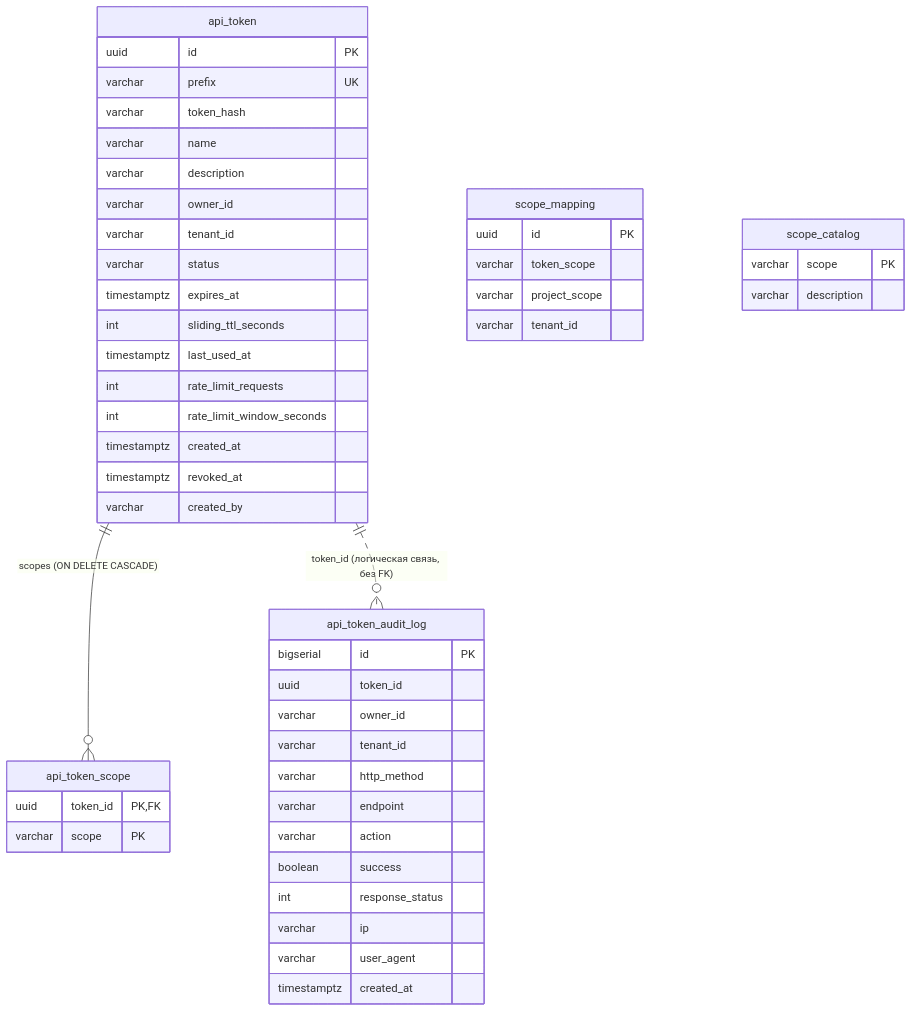
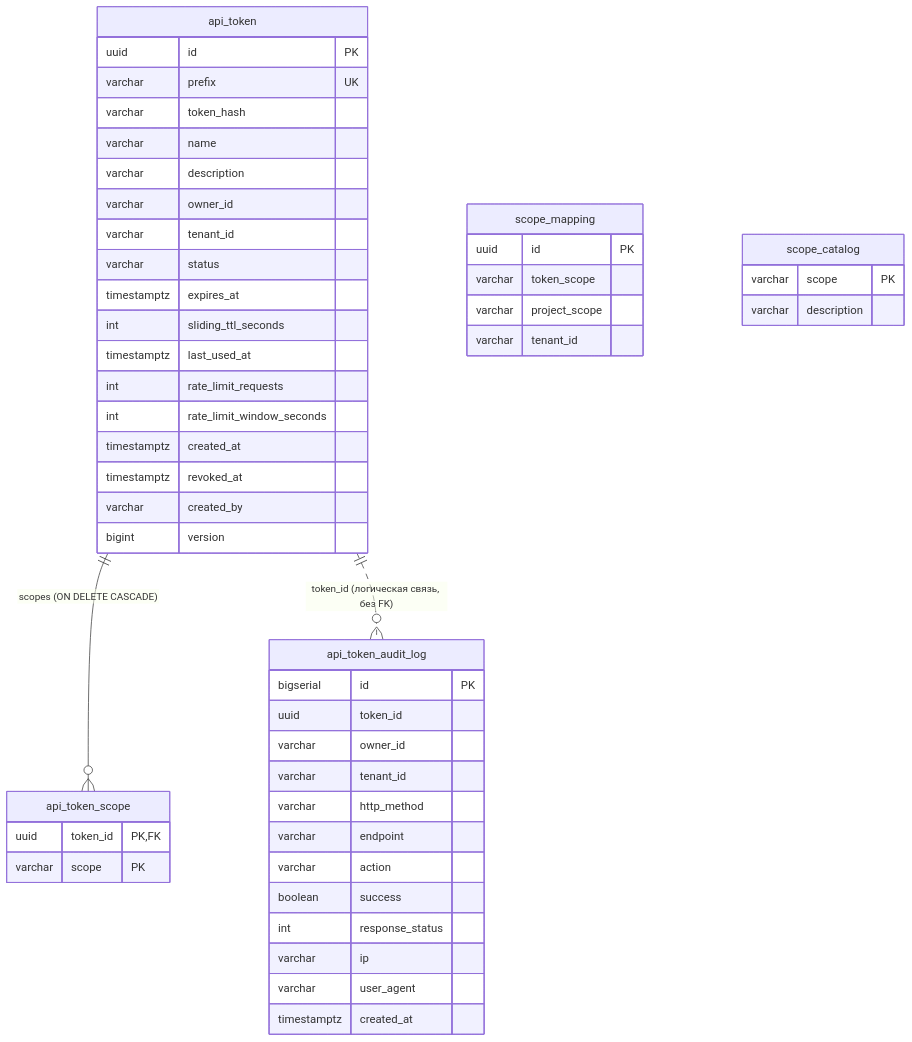
One commit to fso13/open-api-lib changed the diagram in docs/architecture/data-model.md. Above: the diagram before and after it, drawn with Mermaid. The commit also changed other lines of this file and 109 other files, not shown here.

````diff
--- a/docs/architecture/data-model.md
+++ b/docs/architecture/data-model.md
@@ -24,51 +25,52 @@
 ```mermaid
 erDiagram
     api_token ||--o{ api_token_scope : "scopes (ON DELETE CASCADE)"
     api_token ||..o{ api_token_audit_log : "token_id (логическая связь, без FK)"
     scope_mapping {
         uuid id PK
         varchar token_scope
         varchar project_scope
         varchar tenant_id
     }
     scope_catalog {
         varchar scope PK
         varchar description
     }
     api_token {
         uuid id PK
         varchar prefix UK
         varchar token_hash
         varchar name
         varchar description
         varchar owner_id
         varchar tenant_id
         varchar status
         timestamptz expires_at
         int sliding_ttl_seconds
         timestamptz last_used_at
         int rate_limit_requests
         int rate_limit_window_seconds
         timestamptz created_at
         timestamptz revoked_at
         varchar created_by
+        bigint version
     }
     api_token_scope {
         uuid token_id PK,FK
         varchar scope PK
     }
     api_token_audit_log {
         bigserial id PK
         uuid token_id
         varchar owner_id
         varchar tenant_id
         varchar http_method
         varchar endpoint
         varchar action
         boolean success
         int response_status
         varchar ip
         varchar user_agent
         timestamptz created_at
     }
 ```
````
